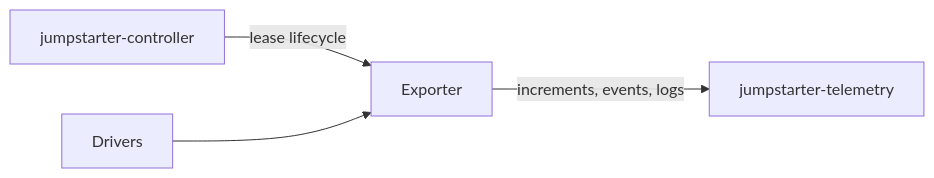
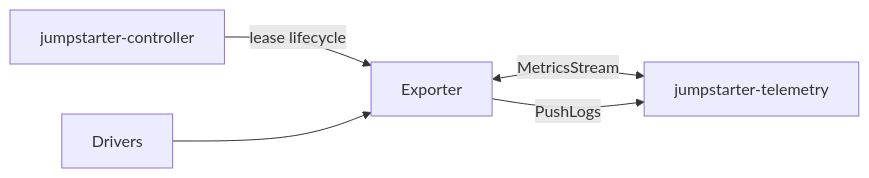
Before and after one commit to jumpstarter-dev/jumpstarter: the second of 5 diagrams in python/docs/source/internal/jeps/JEP-0011-observability-telemetry-logs.md, drawn with Mermaid. The commit also changed other lines of this file, not shown here.

First line of the commit message:
jep-0011: update data flow diagrams for reverse-scrape model

````diff
--- a/python/docs/source/internal/jeps/JEP-0011-observability-telemetry-logs.md
+++ b/python/docs/source/internal/jeps/JEP-0011-observability-telemetry-logs.md
@@ -1183,6 +1183,7 @@
 ```{mermaid}
 flowchart LR
   ctrl[jumpstarter-controller] -->|lease lifecycle| exp[Exporter]
   drv[Drivers] --> exp
-  exp -->|increments, events, logs| tel[jumpstarter-telemetry]
+  exp <-->|MetricsStream| tel[jumpstarter-telemetry]
+  exp -->|PushLogs| tel
 ```
````
